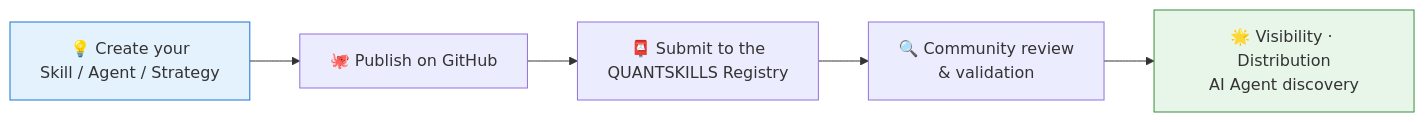
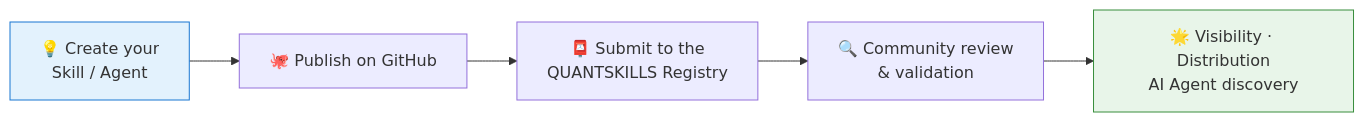
The fourth of 5 diagrams in profile/README.md (quantskills/.github), drawn with Mermaid before and after one commit. The commit also changed other lines of this file, not shown here.

Commit message:
Remove Strategy as org homepage asset category

````diff
--- a/profile/README.md
+++ b/profile/README.md
@@ -228,10 +222,10 @@
 ```mermaid
 flowchart LR
-    A["💡 Create your<br/>Skill / Agent / Strategy"] --> B["🐙 Publish on GitHub"]
+    A["💡 Create your<br/>Skill / Agent"] --> B["🐙 Publish on GitHub"]
     B --> C["📮 Submit to the<br/>QUANTSKILLS Registry"]
     C --> D["🔍 Community review<br/>& validation"]
     D --> E["🌟 Visibility · Distribution<br/>AI Agent discovery"]
 
     style A fill:#e3f2fd,stroke:#1976d2
     style E fill:#e8f5e9,stroke:#388e3c
 ```
````
